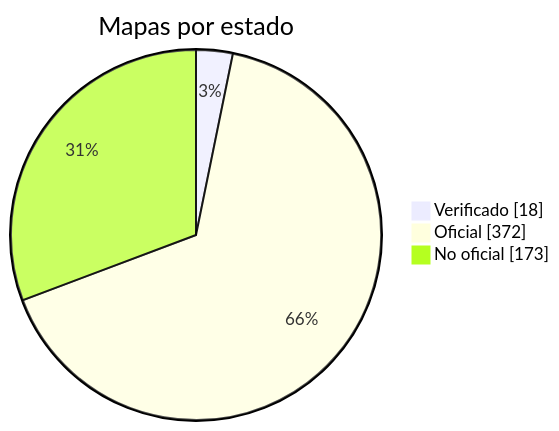
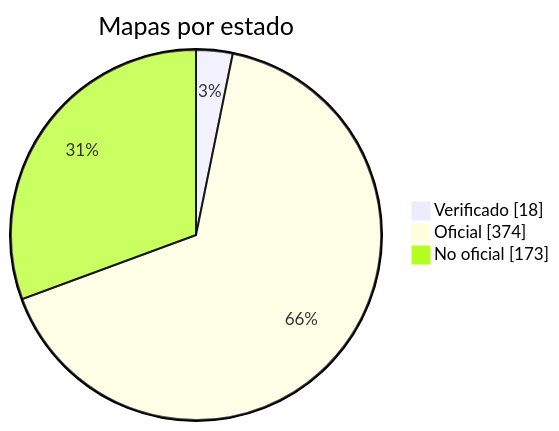
Before and after one commit to nobrega8/mbmap-library: the diagram in docs/readme/README_ES.md, drawn with Mermaid. The commit also changed 7 other files, not shown here.

````diff
--- a/docs/readme/README_ES.md
+++ b/docs/readme/README_ES.md
@@ -54,7 +54,7 @@
 ```mermaid
 pie showData
     title Mapas por estado
     "Verificado" : 18
-    "Oficial" : 372
+    "Oficial" : 374
     "No oficial" : 173
 ```
````
